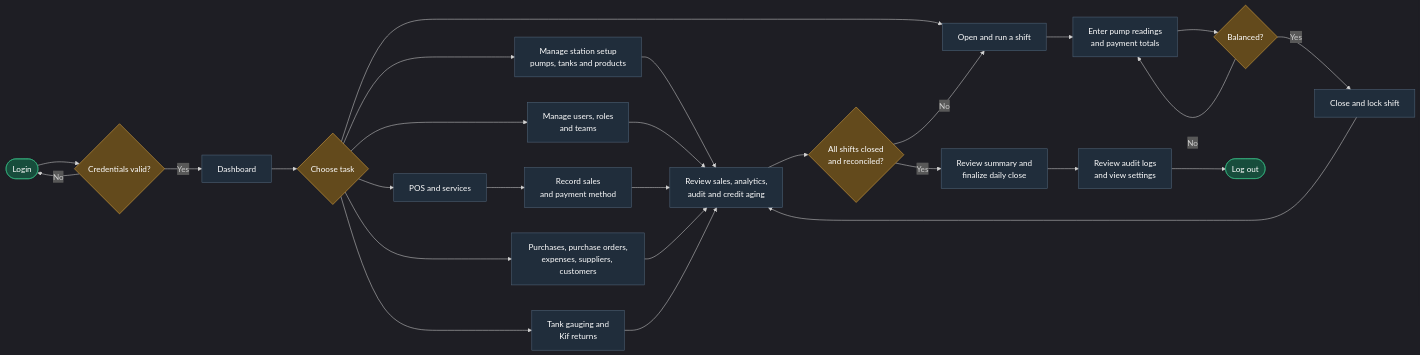
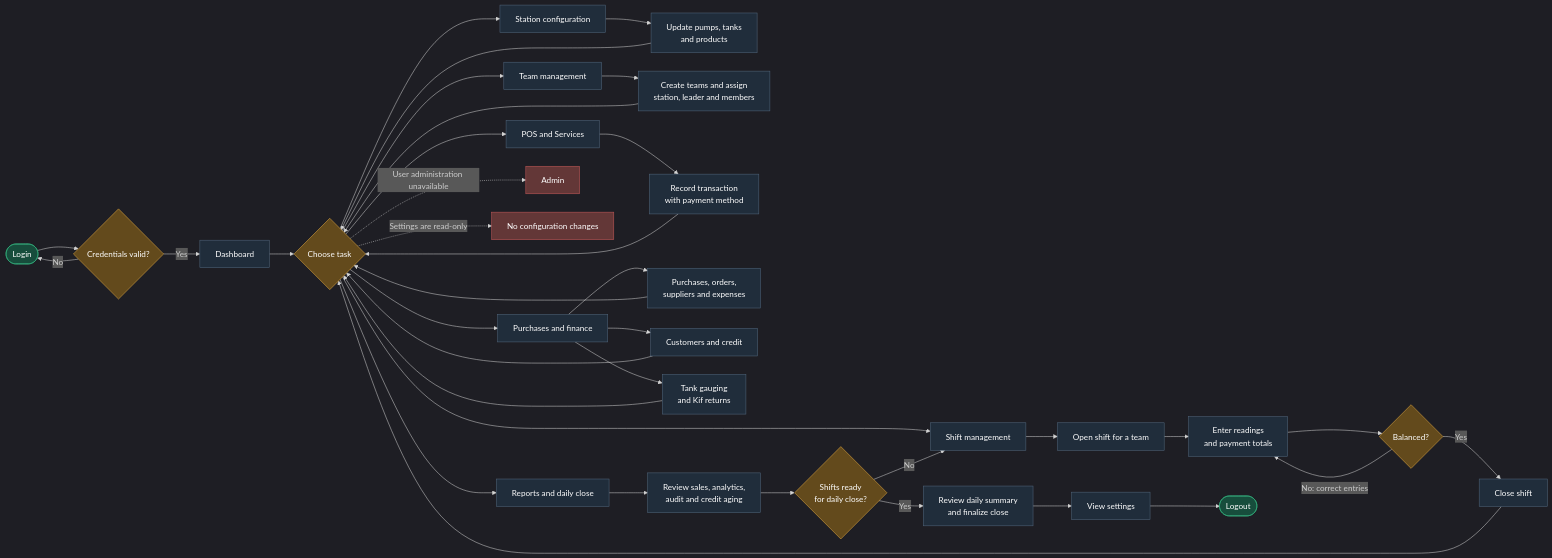
One commit to ibrahimjlidi/kiosk_tunisia changed the second of 4 diagrams in docs/user-workflows.md. Above: the diagram before and after it, drawn with Mermaid. The commit also changed other lines of this file, not shown here.

Commit message:
docs(user-workflows): update user workflows documentation with detailed role actions and explanations

````diff
--- a/docs/user-workflows.md
+++ b/docs/user-workflows.md
@@ -69,44 +93,57 @@
 ```mermaid
-%%{init: {"theme":"dark","flowchart":{"curve":"basis"}}}%%
+%%{init: {"theme":"dark","flowchart":{"curve":"basis","nodeSpacing":36,"rankSpacing":48}}}%%
 flowchart LR
     A([Login]) --> B{Credentials valid?}
     B -- No --> A
     B -- Yes --> C[Dashboard]
     C --> D{Choose task}
 
-    D --> E[Manage station setup<br/>pumps, tanks and products]
-    E --> O
-    D --> F[Manage users, roles<br/>and teams]
-    F --> O
+    D --> S[Station configuration]
+    S --> S1[Update pumps, tanks<br/>and products]
+    S1 --> D
 
-    D --> G[Open and run a shift]
-    G --> G1[Enter pump readings<br/>and payment totals]
-    G1 --> G2{Balanced?}
-    G2 -- No --> G1
-    G2 -- Yes --> G3[Close and lock shift]
-    G3 --> O
+    D --> U[Team management]
+    U --> U1[Create teams and assign<br/>station, leader and members]
+    U1 --> D
 
-    D --> H[POS and services]
-    H --> H1[Record sales<br/>and payment method]
-    H1 --> O
+    D --> O[Shift management]
+    O --> O1[Open shift for a team]
+    O1 --> O2[Enter readings<br/>and payment totals]
+    O2 --> O3{Balanced?}
+    O3 -- No: correct entries --> O2
+    O3 -- Yes --> O4[Close shift]
+    O4 --> D
 
-    D --> I[Purchases, purchase orders,<br/>expenses, suppliers, customers]
-    I --> O
-    D --> J[Tank gauging and<br/>Kif returns]
-    J --> O
+    D --> V[POS and Services]
+    V --> V1[Record transaction<br/>with payment method]
+    V1 --> D
 
-    O[Review sales, analytics,<br/>audit and credit aging]
-    O --> K{All shifts closed<br/>and reconciled?}
-    K -- No --> G
-    K -- Yes --> L[Review summary and<br/>finalize daily close]
-    L --> M[Review audit logs<br/>and view settings]
-    M --> N([Log out])
+    D --> F[Purchases and finance]
+    F --> F1[Purchases, orders,<br/>suppliers and expenses]
+    F --> F2[Customers and credit]
+    F --> F3[Tank gauging<br/>and Kif returns]
+    F1 --> D
+    F2 --> D
+    F3 --> D
+
+    D --> R[Reports and daily close]
+    R --> R1[Review sales, analytics,<br/>audit and credit aging]
+    R1 --> R2{Shifts ready<br/>for daily close?}
+    R2 -- No --> O
+    R2 -- Yes --> R3[Review daily summary<br/>and finalize close]
+    R3 --> R4[View settings]
+    R4 --> E([Logout])
+
+    D -. "User administration unavailable" .-> X[Admin]
+    D -. "Settings are read-only" .-> Y[No configuration changes]
 
     classDef start fill:#174d3c,stroke:#39b982,color:#fff
     classDef action fill:#202d3b,stroke:#52677d,color:#fff
     classDef decision fill:#634a1c,stroke:#e5ad43,color:#fff
+    classDef blocked fill:#633737,stroke:#c65a5a,color:#fff
     classDef finish fill:#174d3c,stroke:#39b982,color:#fff
-    class A,N start
-    class B,D,G2,K decision
-    class C,E,F,G,G1,G3,H,H1,I,J,O,L,M action
+    class A,E start
+    class B,D,O3,R2 decision
+    class C,S,S1,U,U1,O,O1,O2,O4,V,V1,F,F1,F2,F3,R,R1,R3,R4 action
+    class X,Y blocked
 ```
````
